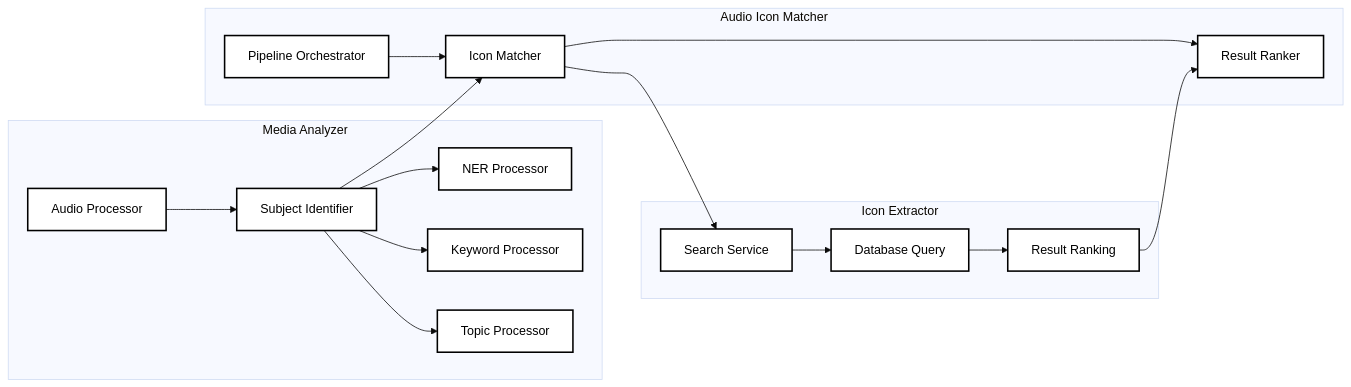
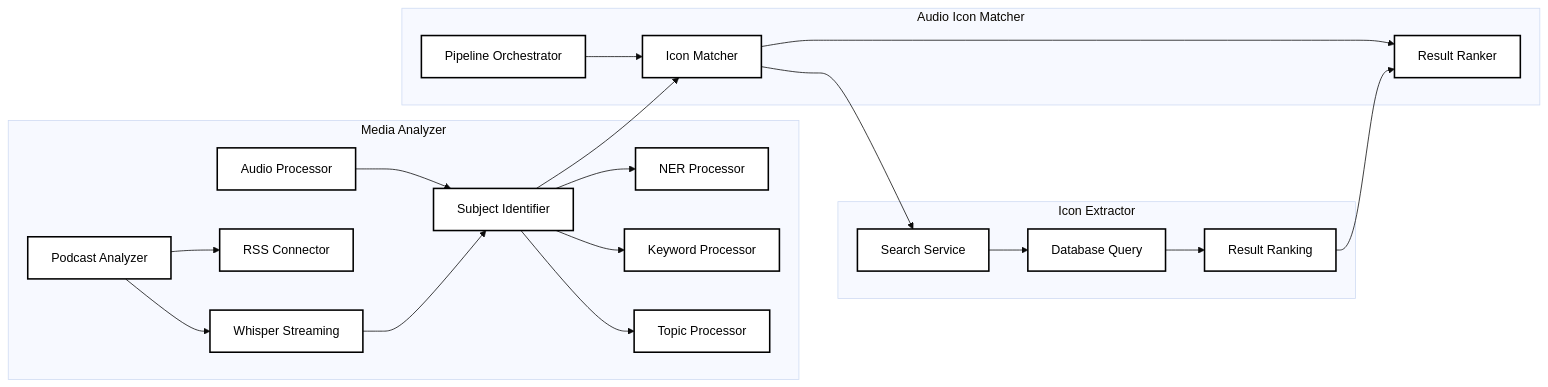
Before and after one commit to spryify/story-curator: the second of 3 diagrams in docs/architecture.md, drawn with Mermaid (base theme). The commit also changed other lines of this file and 5 other files, not shown here.

Commit message:
feat: Add podcast analysis architecture and update documentation references

````diff
--- a/docs/architecture.md
+++ b/docs/architecture.md
@@ -133,28 +142,31 @@
 ```mermaid
 flowchart LR
     subgraph "Media Analyzer"
         A1[Audio Processor] --> A2[Subject Identifier]
+        P1[Podcast Analyzer] --> P2[RSS Connector]
+        P1 --> P3[Whisper Streaming]
+        P3 --> A2
         A2 --> A3[NER Processor]
         A2 --> A4[Keyword Processor] 
         A2 --> A5[Topic Processor]
     end
     
     subgraph "Icon Extractor"
         B1[Search Service] --> B2[Database Query]
         B2 --> B3[Result Ranking]
     end
     
     subgraph "Audio Icon Matcher"
         C1[Pipeline Orchestrator] --> C2[Icon Matcher]
         C2 --> C3[Result Ranker]
     end
     
     A2 --> C2
     C2 --> B1
     B3 --> C3
     
     %% Clean black and white styling
     classDef default fill:#fff,stroke:#000,stroke-width:2px,color:#000
     
     class A1,A2,A3,A4,A5,B1,B2,B3,C1,C2,C3 default
 ```
````
